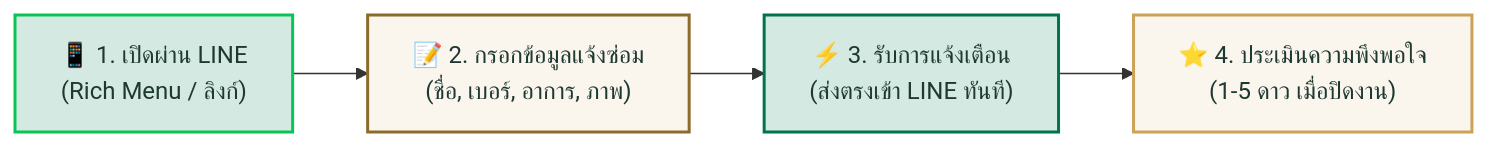
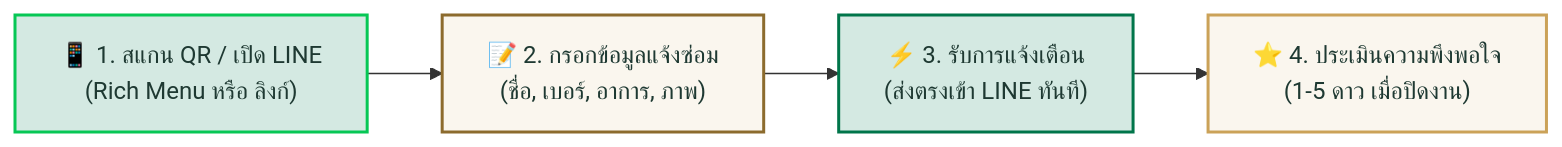
Before and after one commit to itsupportsmkcc/smkcc-it-helpdesk: the diagram in คู่มือการใช้งาน_SMKCC_IT_Helpdesk.md, drawn with Mermaid. The commit also changed other lines of this file and 3 other files, not shown here.

````diff
--- a/คู่มือการใช้งาน_SMKCC_IT_Helpdesk.md
+++ b/คู่มือการใช้งาน_SMKCC_IT_Helpdesk.md
@@ -16,11 +18,11 @@
 ```mermaid
 flowchart LR
-    A["📱 1. เปิดผ่าน LINE<br/>(Rich Menu / ลิงก์)"] --> B["📝 2. กรอกข้อมูลแจ้งซ่อม<br/>(ชื่อ, เบอร์, อาการ, ภาพ)"]
+    A["📱 1. สแกน QR / เปิด LINE<br/>(Rich Menu หรือ ลิงก์)"] --> B["📝 2. กรอกข้อมูลแจ้งซ่อม<br/>(ชื่อ, เบอร์, อาการ, ภาพ)"]
     B --> C["⚡ 3. รับการแจ้งเตือน<br/>(ส่งตรงเข้า LINE ทันที)"]
     C --> D["⭐ 4. ประเมินความพึงพอใจ<br/>(1-5 ดาว เมื่อปิดงาน)"]
 
     style A fill:#d4e9e2,stroke:#06C755,stroke-width:2px,color:#1E3932
     style B fill:#faf6ee,stroke:#8c6b2d,stroke-width:2px,color:#1E3932
     style C fill:#d4e9e2,stroke:#00754A,stroke-width:2px,color:#1E3932
     style D fill:#faf6ee,stroke:#cba258,stroke-width:2px,color:#1E3932
 ```
````
